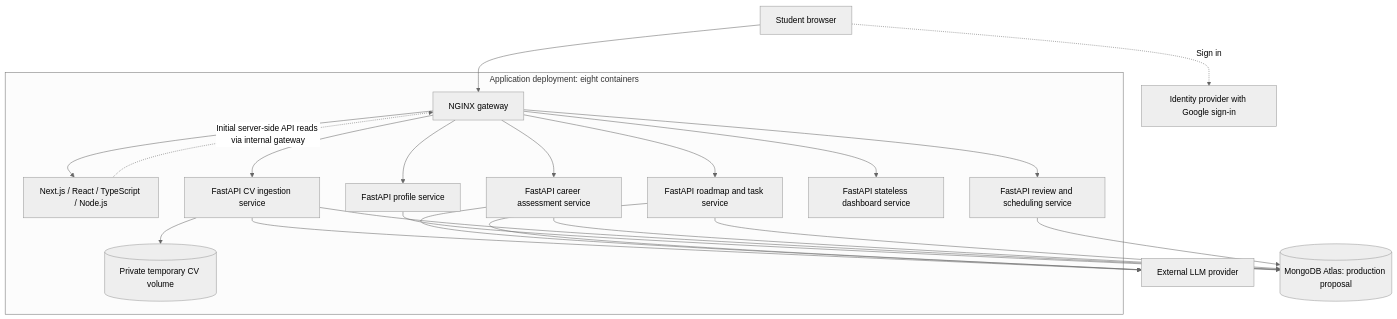
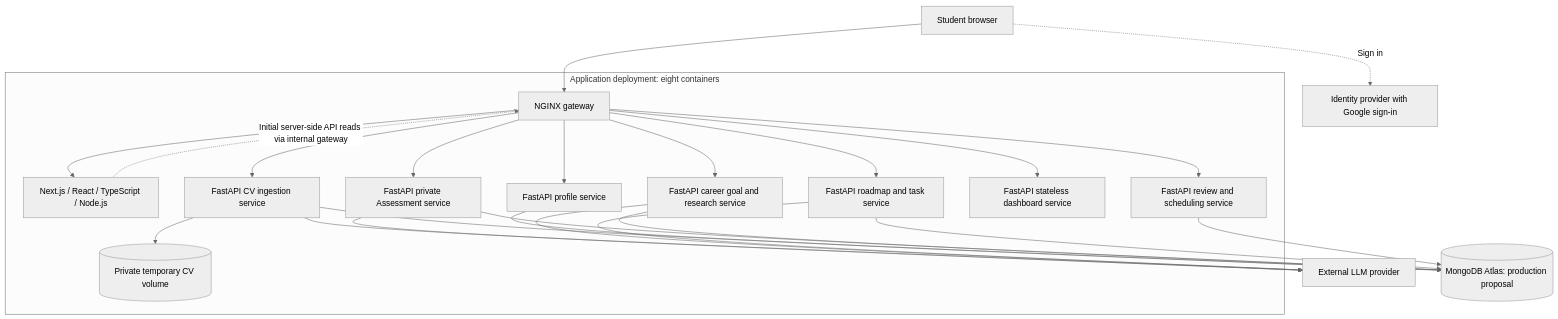
Before and after one commit to bryan034/coachify: the diagram in docs/architecture/README.md, drawn with Mermaid (neutral theme). The commit also changed other lines of this file and 223 other files, not shown here.

````diff
--- a/docs/architecture/README.md
+++ b/docs/architecture/README.md
@@ -38,39 +38,43 @@
 ```mermaid
 flowchart TB
     Student[Student browser]
     Auth[Identity provider with Google sign-in]
     LLM[External LLM provider]
     Atlas[(MongoDB Atlas: production proposal)]
 
     subgraph Deployment[Application deployment: eight containers]
         Gateway[NGINX gateway]
         Frontend[Next.js / React / TypeScript / Node.js]
         Profile[FastAPI profile service]
         CV[FastAPI CV ingestion service]
-        Career[FastAPI career assessment service]
+        Career[FastAPI career goal and research service]
+        Assessment[FastAPI private Assessment service]
         Roadmap[FastAPI roadmap and task service]
         Dashboard[FastAPI stateless dashboard service]
         Review[FastAPI review and scheduling service]
         Uploads[(Private temporary CV volume)]
         Gateway --> Frontend
         Gateway --> Profile
         Gateway --> CV
         Gateway --> Career
+        Gateway --> Assessment
         Gateway --> Roadmap
         Gateway --> Dashboard
         Gateway --> Review
         CV --> Uploads
     end
 
     Student --> Gateway
     Student -. Sign in .-> Auth
     Frontend -. Initial server-side API reads via internal gateway .-> Gateway
     Profile --> Atlas
     CV --> Atlas
     Career --> Atlas
+    Assessment --> Atlas
+    Assessment --> LLM
     Roadmap --> Atlas
     Review --> Atlas
     CV --> LLM
     Career --> LLM
     Roadmap --> LLM
 ```
````
